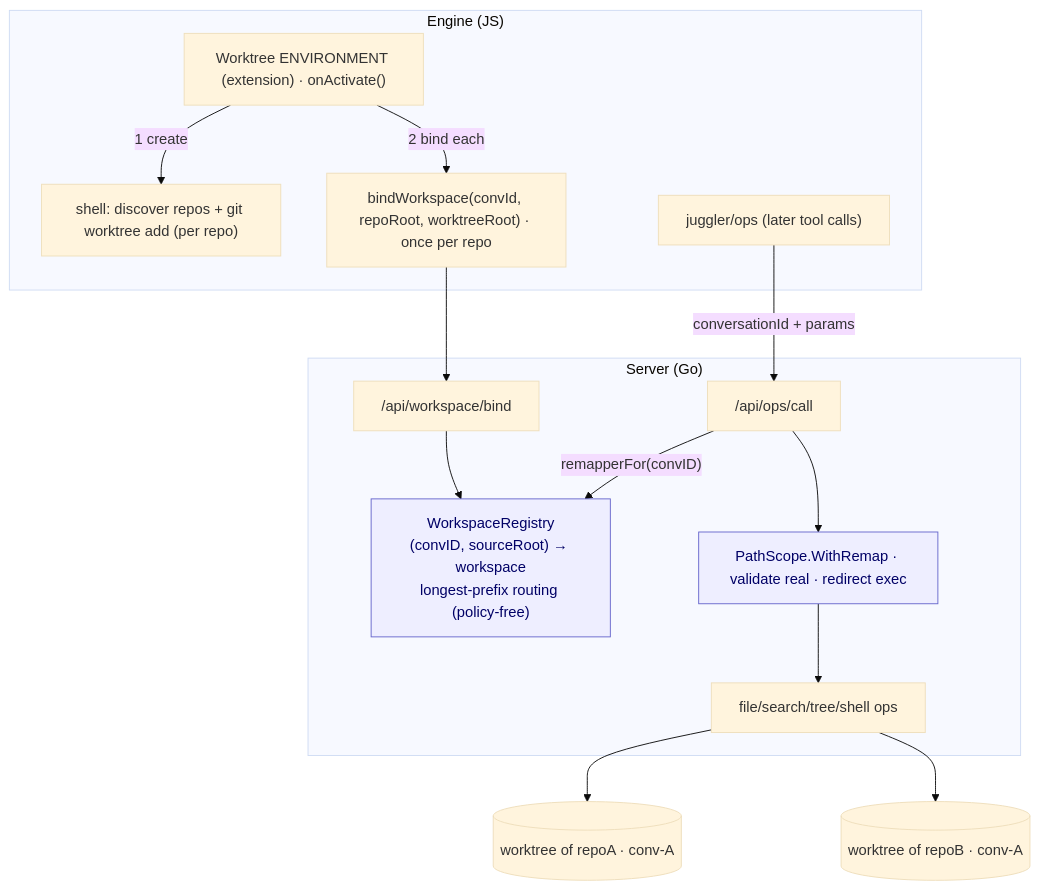
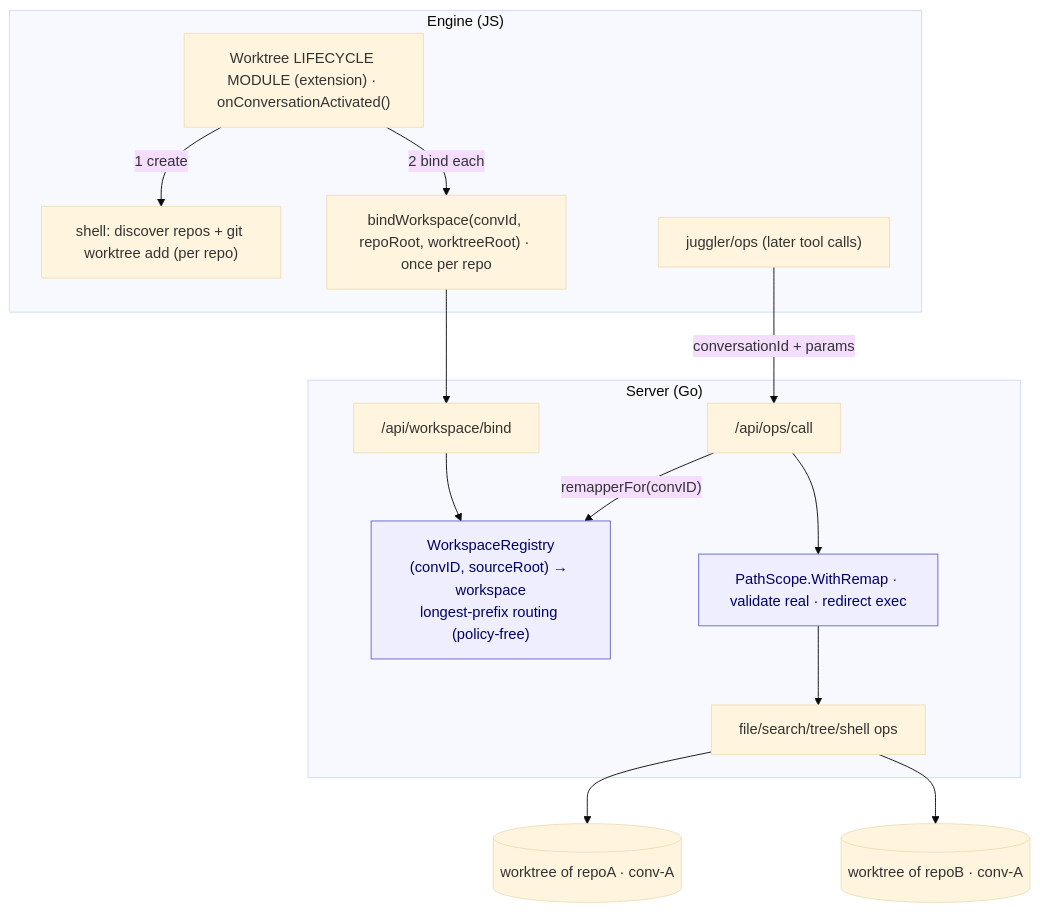
The third of 4 diagrams in docs/design/worktrees-as-extension.md (juggler-ai/juggler), drawn with Mermaid (base theme) before and after one commit. The commit also changed other lines of this file and 10 other files, not shown here.

Commit message:
Reshaped worktrees as a lightweight lifecycle module (per-project) instead of a capability type (WIP)

````diff
--- a/docs/design/worktrees-as-extension.md
+++ b/docs/design/worktrees-as-extension.md
@@ -156,25 +166,25 @@
 ```mermaid
 flowchart TD
   subgraph engine["Engine (JS)"]
-    env["Worktree ENVIRONMENT (extension) · onActivate()"]
+    env["Worktree LIFECYCLE MODULE (extension) · onConversationActivated()"]
     shellop["shell: discover repos + git worktree add (per repo)"]
     bind["bindWorkspace(convId, repoRoot, worktreeRoot) · once per repo"]
     ops["juggler/ops (later tool calls)"]
     env -->|"1 create"| shellop
     env -->|"2 bind each"| bind
   end
   subgraph server["Server (Go)"]
     wsapi["/api/workspace/bind"]
     reg["WorkspaceRegistry<br/>(convID, sourceRoot) → workspace<br/>longest-prefix routing (policy-free)"]:::core
     opsapi["/api/ops/call"]
     scope["PathScope.WithRemap · validate real · redirect exec"]:::core
     wsapi --> reg
     opsapi -->|"remapperFor(convID)"| reg
     opsapi --> scope --> fsops["file/search/tree/shell ops"]
   end
   bind --> wsapi
   ops -->|"conversationId + params"| opsapi
   fsops --> wtA[("worktree of repoA · conv-A")]
   fsops --> wtB[("worktree of repoB · conv-A")]
   classDef core fill:#eef,stroke:#66c,color:#006;
 ```
````
